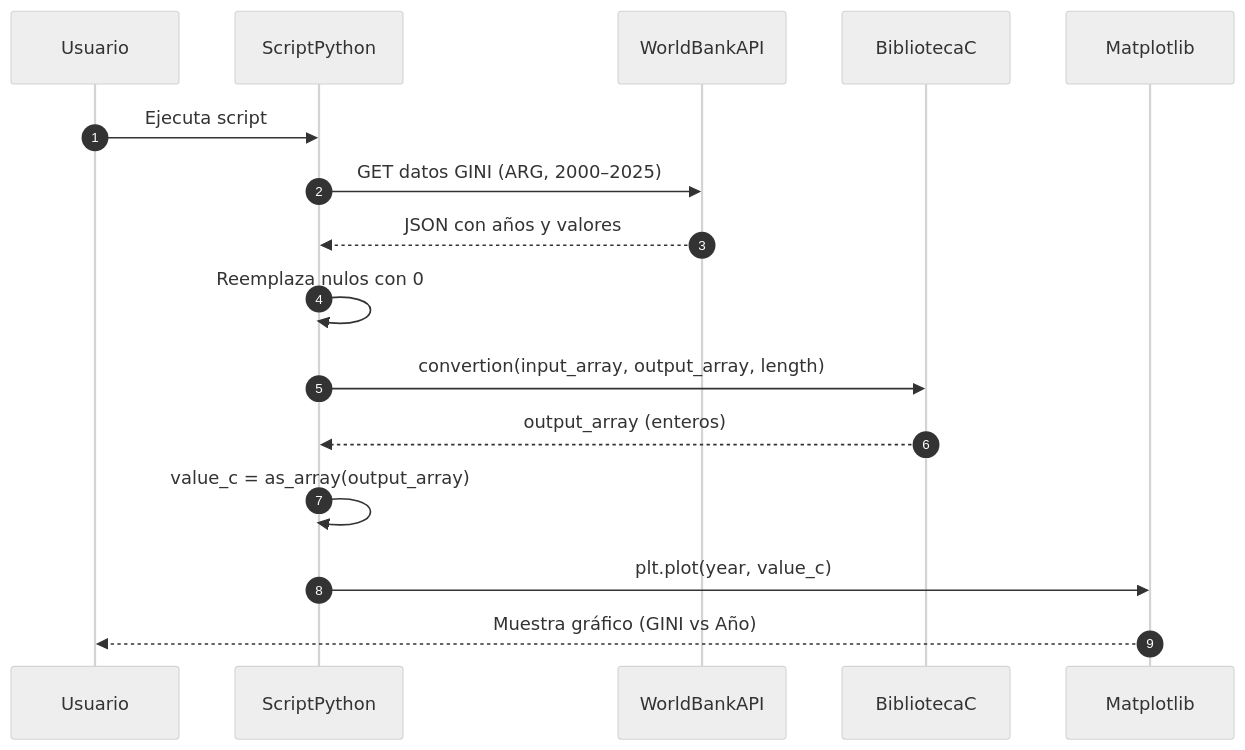
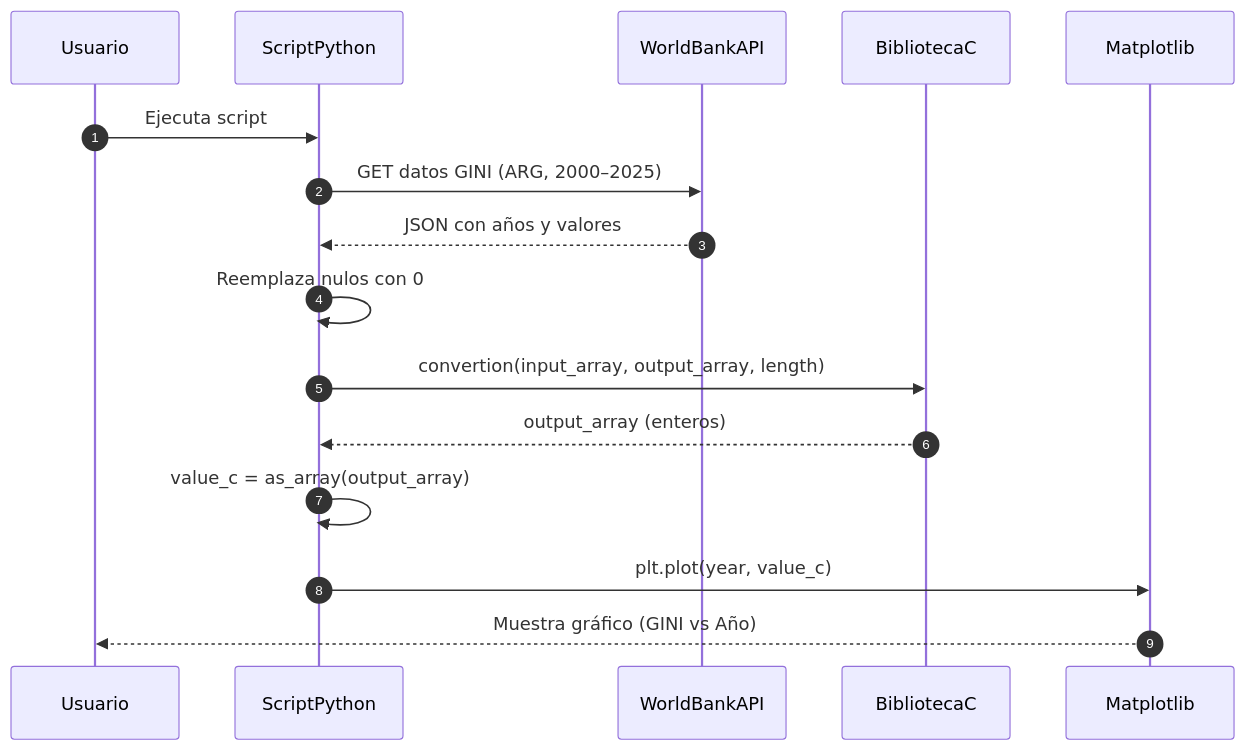
The first of 2 diagrams in Lab2/Informe.md (iledesma08/SdeC-uWuntu), drawn with Mermaid before and after one commit. The commit also changed other lines of this file, not shown here.

````diff
--- a/Lab2/Informe.md
+++ b/Lab2/Informe.md
@@ -73,22 +73,22 @@
 ```mermaid
-%%{ init: { "theme": "neutral" } }%%
+%%{ init: { "theme": "default", "themeVariables": { "background": "#ffffff", "fontColor": "#000000" } } }%%
 sequenceDiagram
     autonumber
     participant Usuario
     participant ScriptPython
     participant WorldBankAPI
     participant BibliotecaC
     participant Matplotlib
 
     Usuario->>ScriptPython: Ejecuta script
     ScriptPython->>WorldBankAPI: GET datos GINI (ARG, 2000–2025)
     WorldBankAPI-->>ScriptPython: JSON con años y valores
 
     ScriptPython->>ScriptPython: Reemplaza nulos con 0
     ScriptPython->>BibliotecaC: convertion(input_array, output_array, length)
     BibliotecaC-->>ScriptPython: output_array (enteros)
     ScriptPython->>ScriptPython: value_c = as_array(output_array)
 
     ScriptPython->>Matplotlib: plt.plot(year, value_c)
     Matplotlib-->>Usuario: Muestra gráfico (GINI vs Año)
 ```
````
